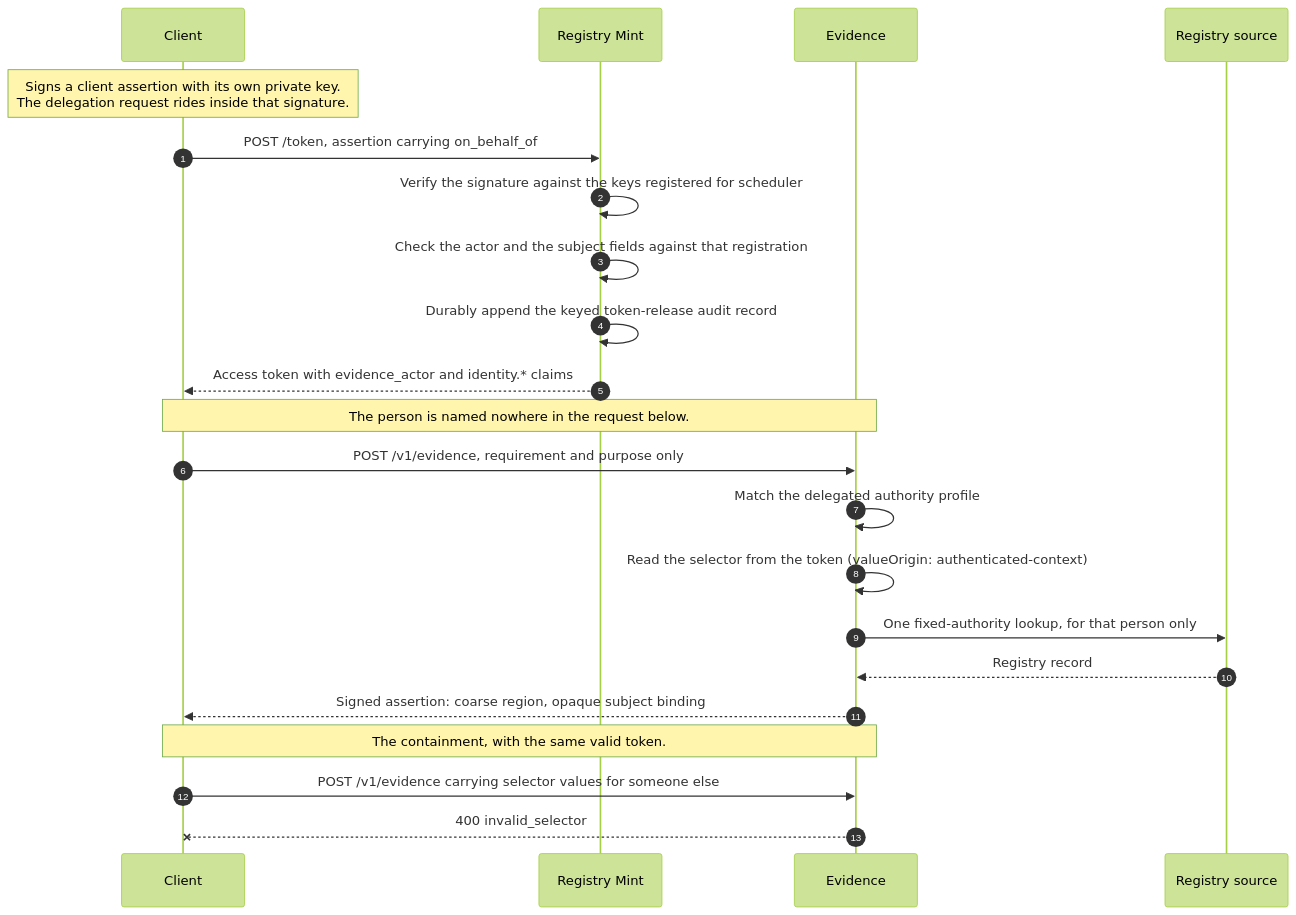
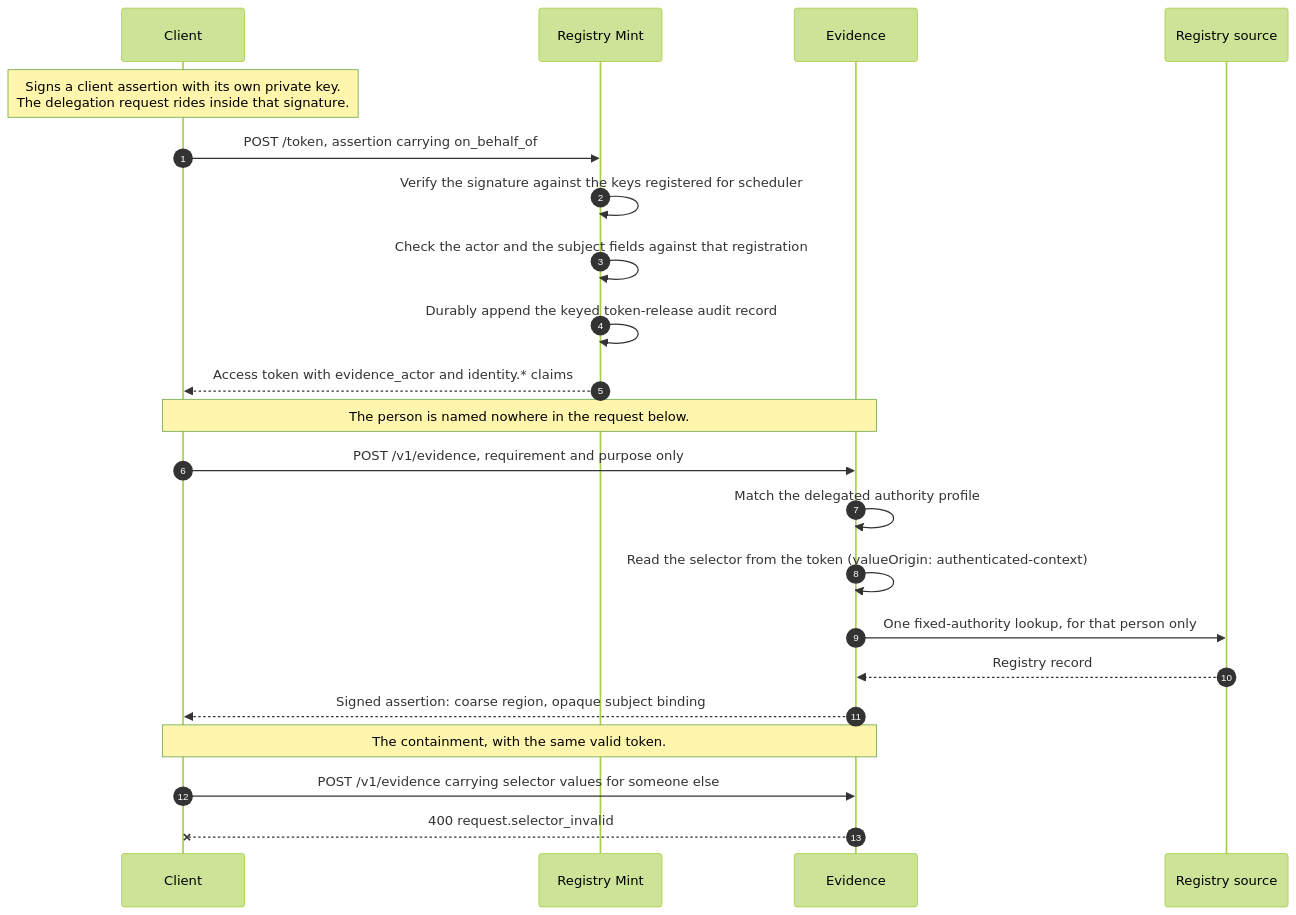
One commit to registrystack/registry-stack changed the diagram in crates/registry-mint/demo/README.md. Above: the diagram before and after it, drawn with Mermaid (forest theme). The commit also changed other lines of this file and 3 other files, not shown here.

````diff
--- a/crates/registry-mint/demo/README.md
+++ b/crates/registry-mint/demo/README.md
@@ -45,27 +45,27 @@
 ```mermaid
 sequenceDiagram
     autonumber
     participant Client
     participant Mint as Registry Mint
     participant Evidence
     participant Source as Registry source
 
     Note over Client: Signs a client assertion with its own private key.<br/>The delegation request rides inside that signature.
     Client->>Mint: POST /token, assertion carrying on_behalf_of
     Mint->>Mint: Verify the signature against the keys registered for scheduler
     Mint->>Mint: Check the actor and the subject fields against that registration
     Mint->>Mint: Durably append the keyed token-release audit record
     Mint-->>Client: Access token with evidence_actor and identity.* claims
 
     Note over Client,Evidence: The person is named nowhere in the request below.
     Client->>Evidence: POST /v1/evidence, requirement and purpose only
     Evidence->>Evidence: Match the delegated authority profile
     Evidence->>Evidence: Read the selector from the token (valueOrigin: authenticated-context)
     Evidence->>Source: One fixed-authority lookup, for that person only
     Source-->>Evidence: Registry record
     Evidence-->>Client: Signed assertion: coarse region, opaque subject binding
 
     Note over Client,Evidence: The containment, with the same valid token.
     Client->>Evidence: POST /v1/evidence carrying selector values for someone else
-    Evidence--xClient: 400 invalid_selector
+    Evidence--xClient: 400 request.selector_invalid
 ```
````
